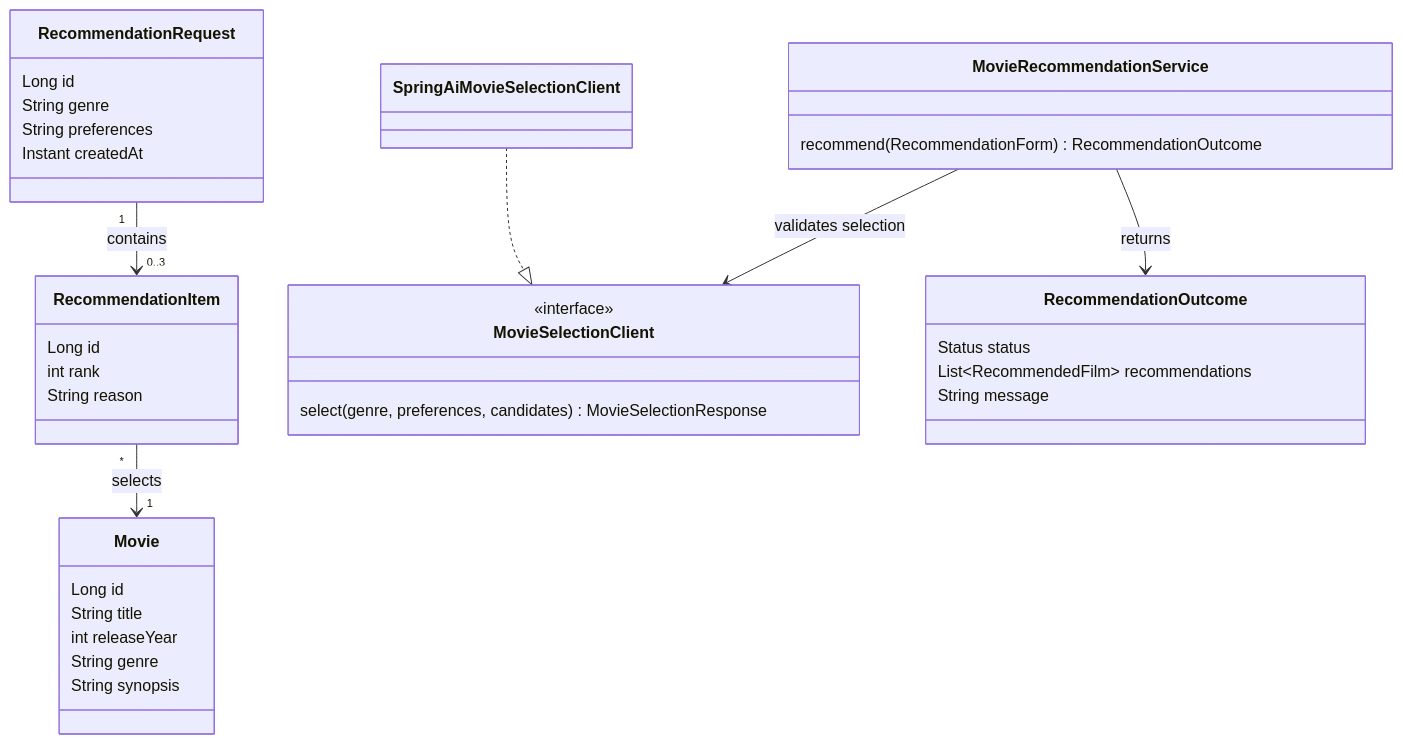
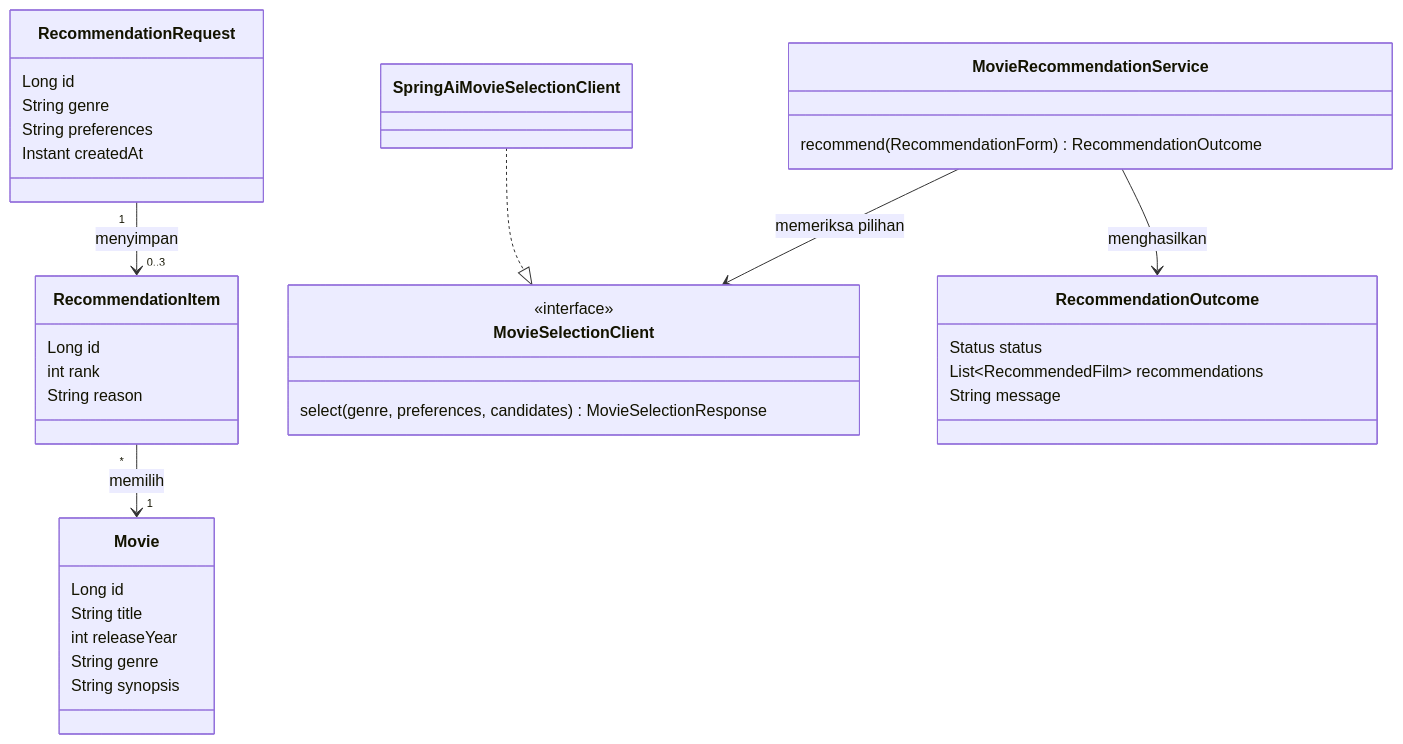
The second of 4 diagrams in docs/data-model.md (AwanNada/Project-UAS-RPLLanjut), drawn with Mermaid before and after one commit. The commit also changed other lines of this file and 4 other files, not shown here.

````diff
--- a/docs/data-model.md
+++ b/docs/data-model.md
@@ -26,40 +26,40 @@
 ```mermaid
 classDiagram
     class Movie {
         Long id
         String title
         int releaseYear
         String genre
         String synopsis
     }
     class RecommendationRequest {
         Long id
         String genre
         String preferences
         Instant createdAt
     }
     class RecommendationItem {
         Long id
         int rank
         String reason
     }
     class MovieRecommendationService {
         recommend(RecommendationForm) RecommendationOutcome
     }
     class MovieSelectionClient {
         <<interface>>
         select(genre, preferences, candidates) MovieSelectionResponse
     }
     class SpringAiMovieSelectionClient
     class RecommendationOutcome {
         Status status
         List~RecommendedFilm~ recommendations
         String message
     }
 
-    RecommendationRequest "1" --> "0..3" RecommendationItem : contains
-    RecommendationItem "*" --> "1" Movie : selects
-    MovieRecommendationService --> MovieSelectionClient : validates selection
+    RecommendationRequest "1" --> "0..3" RecommendationItem : menyimpan
+    RecommendationItem "*" --> "1" Movie : memilih
+    MovieRecommendationService --> MovieSelectionClient : memeriksa pilihan
     SpringAiMovieSelectionClient ..|> MovieSelectionClient
-    MovieRecommendationService --> RecommendationOutcome : returns
+    MovieRecommendationService --> RecommendationOutcome : menghasilkan
 ```
````
